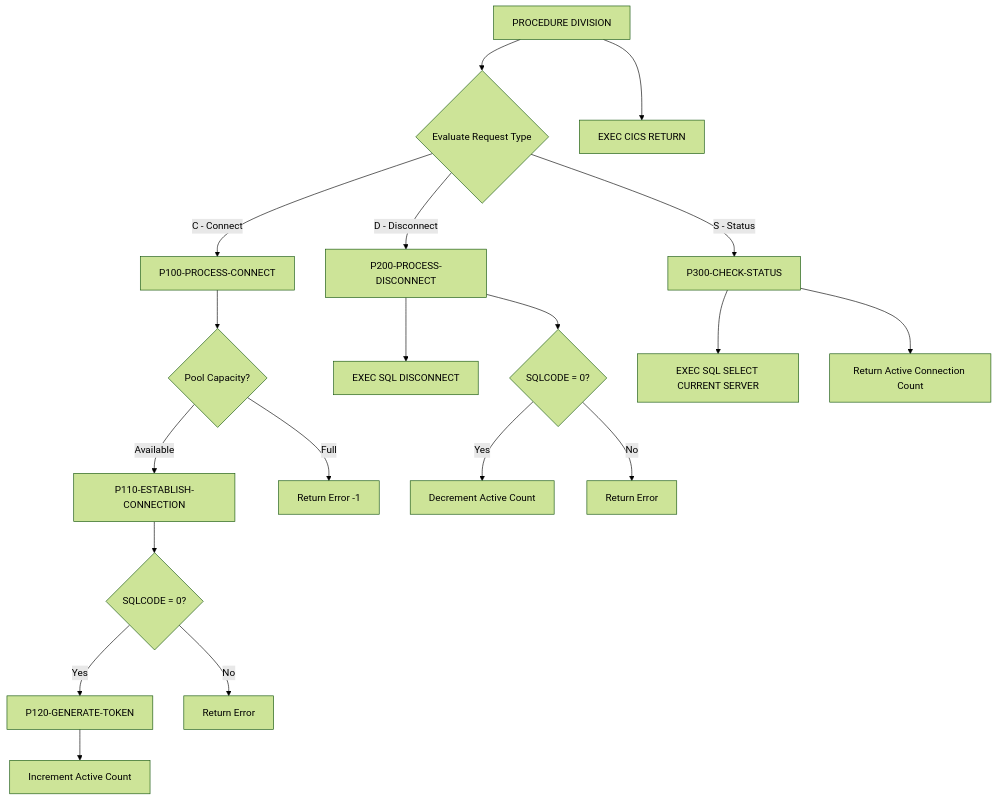
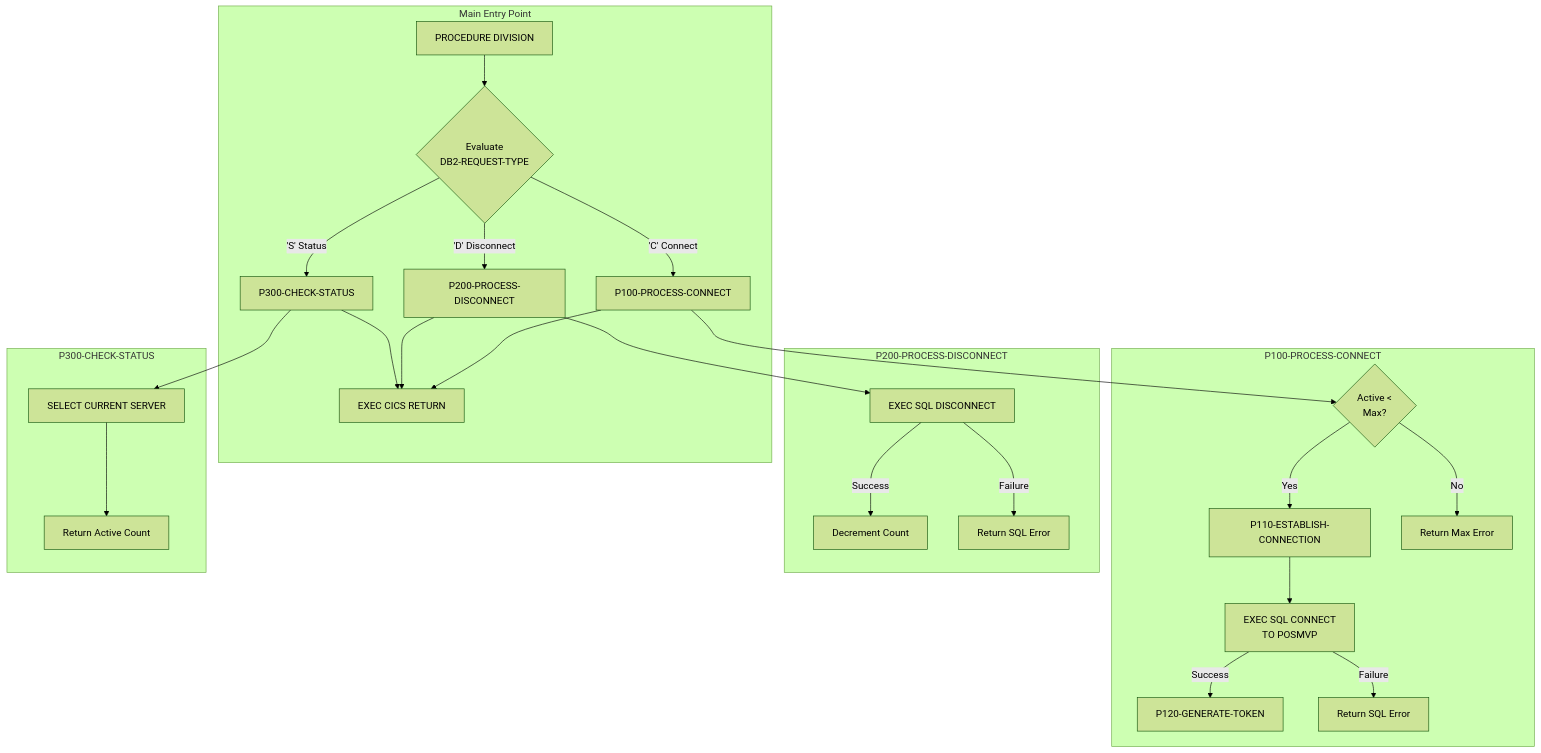
The first of 2 diagrams in docs/programs/DB2ONLN.mdx (haladir-com/legacy-benchmark-docs-vb70e1), drawn with Mermaid (forest theme) before and after one commit. The commit also changed other lines of this file and 64 other files, not shown here.

````diff
--- a/docs/programs/DB2ONLN.mdx
+++ b/docs/programs/DB2ONLN.mdx
@@ -25,27 +20,32 @@
 ```mermaid
 graph TD
-    A[PROCEDURE DIVISION] --> B{Evaluate Request Type}
-    B -->|C - Connect| C[P100-PROCESS-CONNECT]
-    B -->|D - Disconnect| D[P200-PROCESS-DISCONNECT]
-    B -->|S - Status| E[P300-CHECK-STATUS]
+    subgraph "Main Entry Point"
+        MAIN[PROCEDURE DIVISION] --> EVAL{Evaluate<br/>DB2-REQUEST-TYPE}
+        EVAL --> |'C' Connect| P100[P100-PROCESS-CONNECT]
+        EVAL --> |'D' Disconnect| P200[P200-PROCESS-DISCONNECT]
+        EVAL --> |'S' Status| P300[P300-CHECK-STATUS]
+        P100 --> RET[EXEC CICS RETURN]
+        P200 --> RET
+        P300 --> RET
+    end
     
-    C --> C1{Pool Capacity?}
-    C1 -->|Available| C2[P110-ESTABLISH-CONNECTION]
-    C1 -->|Full| C3[Return Error -1]
+    subgraph "P100-PROCESS-CONNECT"
+        P100 --> CHK{Active &lt;<br/>Max?}
+        CHK --> |Yes| P110[P110-ESTABLISH-CONNECTION]
+        CHK --> |No| MAXERR[Return Max Error]
+        P110 --> SQL1[EXEC SQL CONNECT<br/>TO POSMVP]
+        SQL1 --> |Success| P120[P120-GENERATE-TOKEN]
+        SQL1 --> |Failure| CERR[Return SQL Error]
+    end
     
-    C2 --> C4{SQLCODE = 0?}
-    C4 -->|Yes| C5[P120-GENERATE-TOKEN]
-    C4 -->|No| C6[Return Error]
+    subgraph "P200-PROCESS-DISCONNECT"
+        P200 --> SQL2[EXEC SQL DISCONNECT]
+        SQL2 --> |Success| DECR[Decrement Count]
+        SQL2 --> |Failure| DERR[Return SQL Error]
+    end
     
-    C5 --> C7[Increment Active Count]
-    
-    D --> D1[EXEC SQL DISCONNECT]
-    D --> D2{SQLCODE = 0?}
-    D2 -->|Yes| D3[Decrement Active Count]
-    D2 -->|No| D4[Return Error]
-    
-    E --> E1[EXEC SQL SELECT CURRENT SERVER]
-    E --> E2[Return Active Connection Count]
-    
-    A --> F[EXEC CICS RETURN]
+    subgraph "P300-CHECK-STATUS"
+        P300 --> SQL3[SELECT CURRENT SERVER]
+        SQL3 --> STAT[Return Active Count]
+    end
 ```
````
